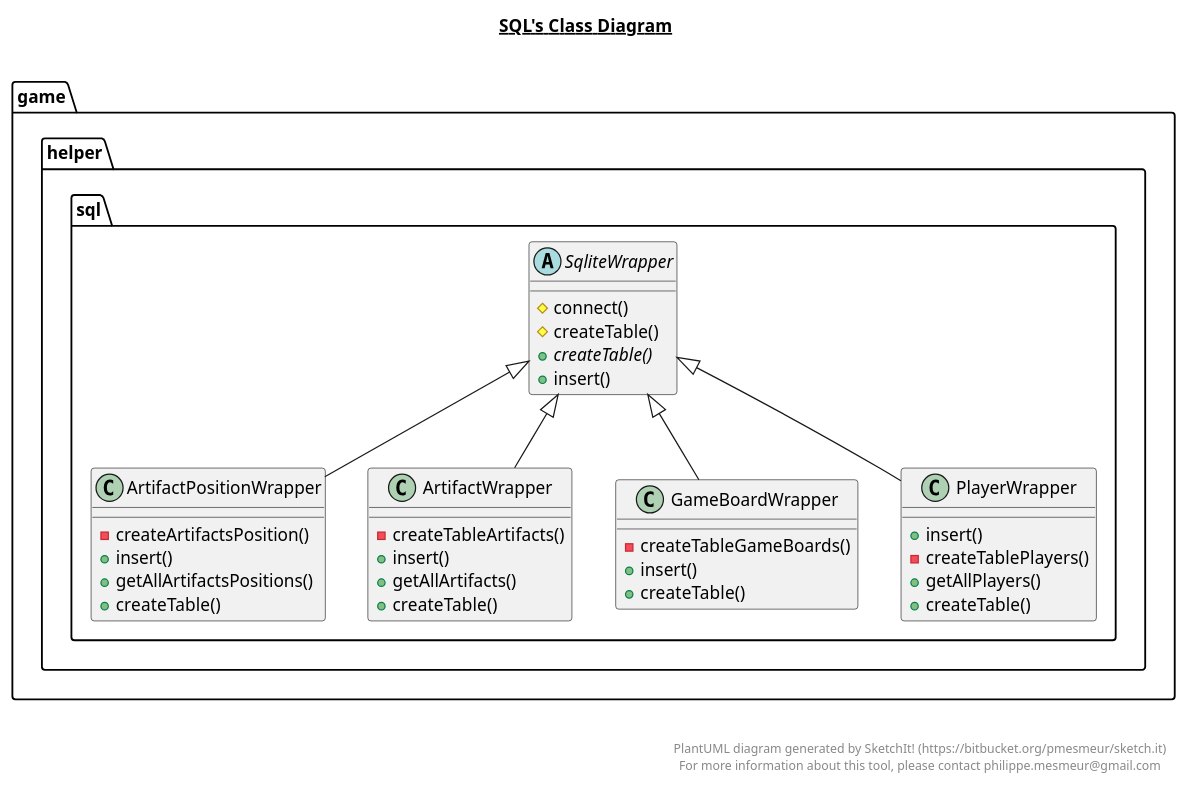
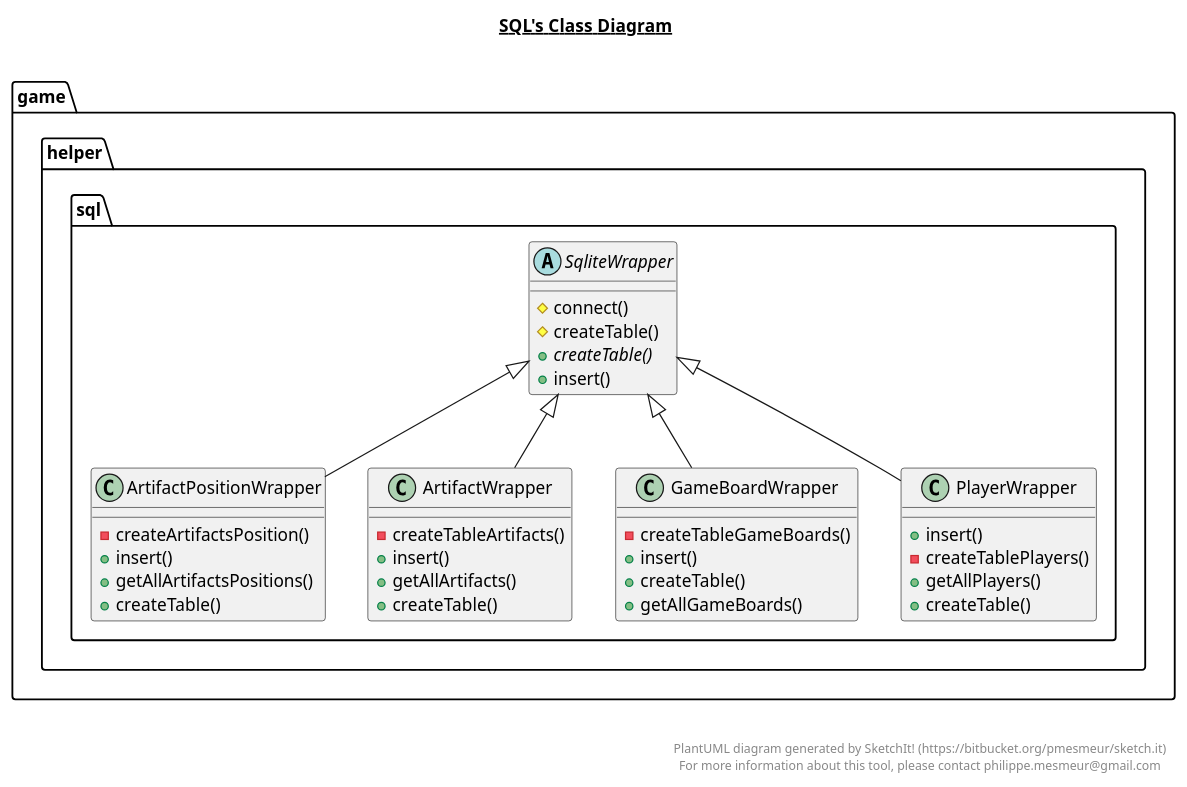
The diagram in src/game/helper/sql/sql.plantuml (rflorian2017/TextAdventureGame), drawn with PlantUML before and after one commit. The commit also changed 10 other files, not shown here.

```diff
--- a/src/game/helper/sql/sql.plantuml
+++ b/src/game/helper/sql/sql.plantuml
@@ -1,77 +1,78 @@
 @startuml
 
 title __SQL's Class Diagram__\n
 
   package game {
     package game.helper.sql {
       class ArtifactPositionWrapper {
           - createArtifactsPosition()
           + insert()
           + getAllArtifactsPositions()
           + createTable()
       }
     }
   }
   
 
   package game {
     package game.helper.sql {
       class ArtifactWrapper {
           - createTableArtifacts()
           + insert()
           + getAllArtifacts()
           + createTable()
       }
     }
   }
   
 
   package game {
     package game.helper.sql {
       class GameBoardWrapper {
           - createTableGameBoards()
           + insert()
           + createTable()
+          + getAllGameBoards()
       }
     }
   }
   
 
   package game {
     package game.helper.sql {
       class PlayerWrapper {
           + insert()
           - createTablePlayers()
           + getAllPlayers()
           + createTable()
       }
     }
   }
   
 
   package game {
     package game.helper.sql {
       abstract class SqliteWrapper {
           # connect()
           # createTable()
           {abstract} + createTable()
           + insert()
       }
     }
   }
   
 
   ArtifactPositionWrapper -up-|> SqliteWrapper
   ArtifactWrapper -up-|> SqliteWrapper
   GameBoardWrapper -up-|> SqliteWrapper
   PlayerWrapper -up-|> SqliteWrapper
 
 
 right footer
 
 
 PlantUML diagram generated by SketchIt! (https://bitbucket.org/pmesmeur/sketch.it)
 For more information about this tool, please contact philippe.mesmeur@gmail.com
 endfooter
 
 @enduml
```
